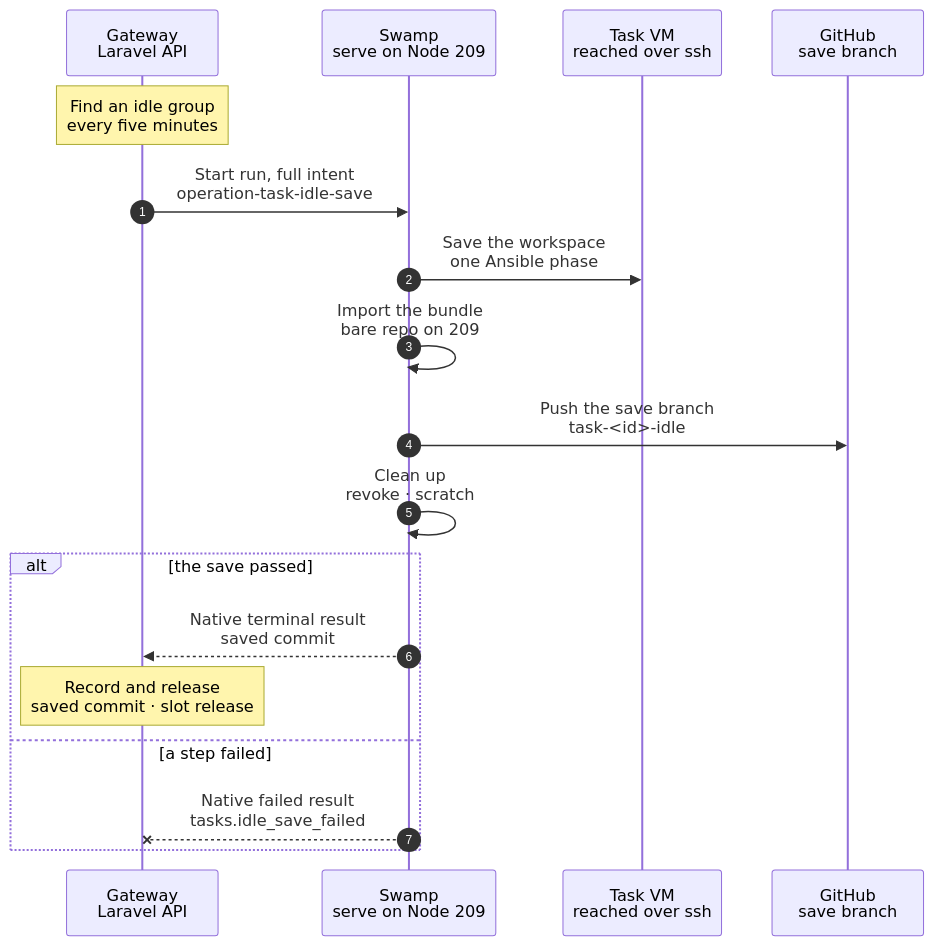
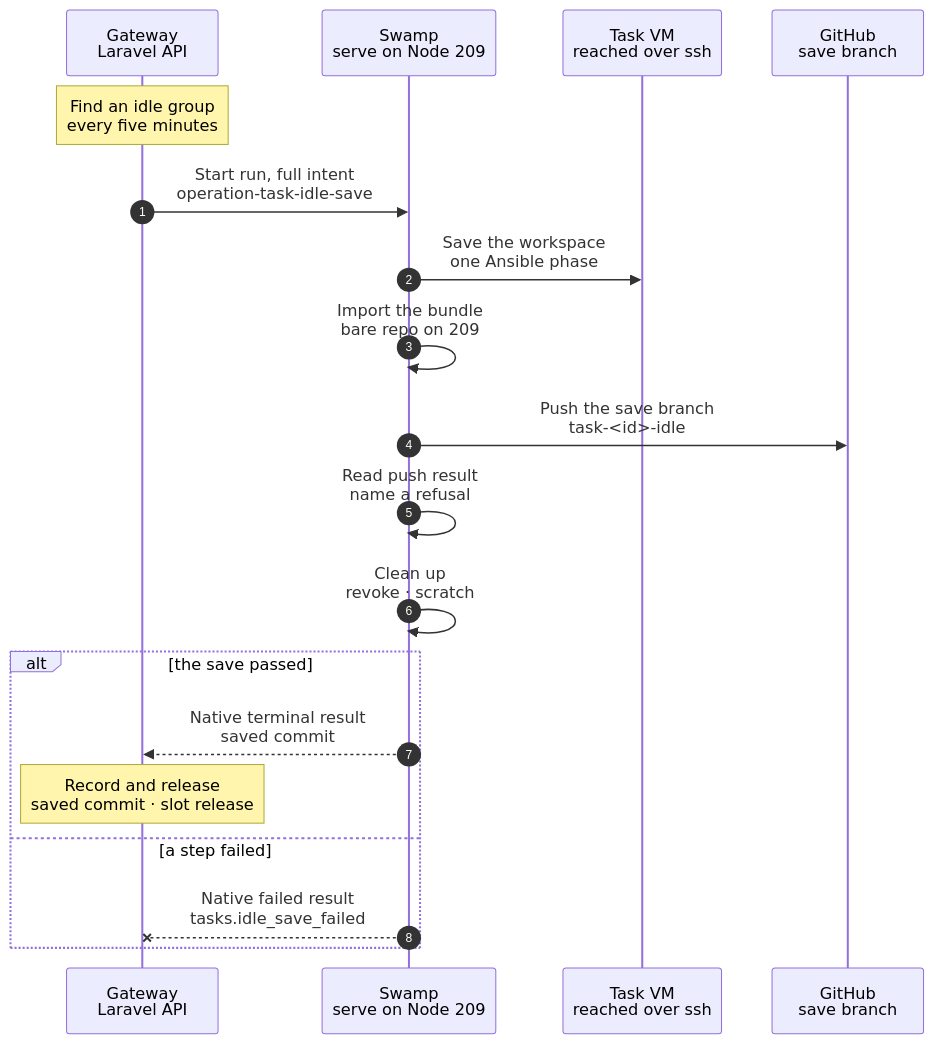
Before and after one commit to hardimpactdev/orbit: the diagram in docs/cli/task/idle-save.mmd, drawn with Mermaid. The commit also changed 8 other files, not shown here.

First line of the commit message:
docs(tasks): name the idle save in the claim charts and its refusals

```diff
--- a/docs/cli/task/idle-save.mmd
+++ b/docs/cli/task/idle-save.mmd
@@ -1,57 +1,60 @@
 sequenceDiagram
   %% Target design (Nick 2026-11-09, PR #3288): an idle release never loses work. Before the VM of an idle group goes, its workspace is saved to origin, and the next claim continues from that save.
   %% status: draft
   %% command: none · the idle release of a task VM
   %% kind: tasks.idle_save
   autonumber
   %% lane GW icon=gateway pill=intent tone=blue
   %% lane SW icon=workflow pill=executes tone=green
   %% lane VM icon=terminal pill=target tone=amber
   %% lane GH icon=server pill=target tone=purple
   participant GW as Gateway<br/>Laravel API
   participant SW as Swamp<br/>serve on Node 209
   participant VM as Task VM<br/>reached over ssh
   participant GH as GitHub<br/>save branch
   Note over GW: Find an idle group<br/>every five minutes
   %%> Who calls it:
   %%> - the Gateway job `ReleaseIdleTaskVms`, every five minutes; there is no command, route or MCP tool
   %%> Requirements:
   %%> - an open group whose task-pool VM is `ready`, with no open Operation on the group or on the VM, and no Operation other than an earlier idle save for 30 minutes
   %%> - fewer than three failed idle saves in a row since the group's last other Operation
   %%> - origin has the task branch `task-<id>`, and it reaches the group's latest approved commit
   %%> - a `parked` VM gets its resume admitted instead; the next pass saves it once it runs
   %%> What it does:
   %%> - locks the group and the VM, asks again, and admits one `tasks.idle_save` run that holds the group
   %%> - names two `task-publish-token-<uuid>` vault keys for the token and the Git authorization header; it mints no value at admission
   GW->>SW: Start run, full intent<br/>operation-task-idle-save
   SW->>VM: Save the workspace<br/>one Ansible phase
   %%> What it does:
   %%> - `swamp/ansible/task-vm-idle-save.yml`, run from Node 209 over the VM's pinned host key: reads `git status --porcelain`; only when it lists changes, `git add --all` and one commit `Save the idle workspace` by Orbit, without hooks; checks the workspace is clean; bundles HEAD and fetches the bundle into the run folder
   %%> - a clean workspace keeps its HEAD; no empty commit is made
   %%> - any failed task fails the phase, so nothing is pushed
   %%> - files that `.gitignore` excludes, stashes, other branches and the Pi session are not saved
   SW->>SW: Import the bundle<br/>bare repo on 209
   %%> What it does:
   %%> - imports the bundle into a bare repository in the run folder and reads the saved commit
   SW->>GH: Push the save branch<br/>task-<id>-idle
   %%> What it does:
-  %%> - mints a scoped push token through `task-github-mint` (purpose `publish`) when the step runs; no credential reaches the VM
+  %%> - mints a push token with `contents: write` only through `task-github-mint` (purpose `publish`) when the step runs; no credential reaches the VM
   %%> - pushes the saved commit to `refs/heads/task-<id>-idle` with force: the branch belongs to this group and holds only its latest save
-  %%> - the CI and the rulesets of the repository run on `main` and `task-*-handoff` only, so the push starts nothing
+  %%> - GitHub runs the push workflows a pushed commit defines; without `workflows: write` it refuses a save that adds or changes one, which `Read push result` names `tasks.workflows_permission`
+  %%> - the workflows on `main` push only for `main` and `task-*-handoff`, and the rulesets cover only `main`
+  SW->>SW: Read push result<br/>name a refusal
   SW->>SW: Clean up<br/>revoke · scratch
   alt the save passed
     SW-->>GW: Native terminal result<br/>saved commit
     Note over GW: Record and release<br/>saved commit · slot release
     %%> What it does:
     %%> - records the saved commit on the group, which keeps its status
     %%> - admits the release of the VM (`docs/cli/task/vm-release.mmd`) when the VM is still the group's and no Operation, such as a resume, is open on it
     %%> Later:
     %%> - a turn or a prep fix claims a fresh place at the saved commit when that holds the task branch head; a review round or a build refuses with `tasks.idle_save_pending` while the save holds work beyond its head
-    %%> - a task branch that holds the save restores the branch; one that moved away refuses with `tasks.idle_save_diverged`, so the next save cannot overwrite it; an unreadable comparison refuses with `tasks.idle_save_unreadable`
+    %%> - a task branch that holds the save restores the branch; one that moved away refuses with `tasks.idle_save_diverged`, so the next save cannot overwrite it; an unreadable comparison refuses with `tasks.idle_save_unreadable`; a deleted save branch is no save once the task branch holds its commit, and otherwise refuses with `tasks.idle_save_missing`, whose message names the commit to push back
   else a step failed
     SW--xGW: Native failed result<br/>tasks.idle_save_failed
     %%> Result:
     %%> - the VM stays and holds its place; nothing is released
     %%> - the failed save is no activity of the group, so the next pass saves again
-    %%> - after three failed saves in a row the idle release stops for the group, which asks for `failure` assistance; the driver's next Operation starts the count again
+    %%> - after three saves in a row that fail, are cancelled or are interrupted the idle release stops for the group, which asks for `failure` assistance; a `tasks.workflows_permission` refusal stops it at once; the driver's next Operation starts the count again
+    %%> - a run that reports success without a saved commit is a failed save
   end
```
